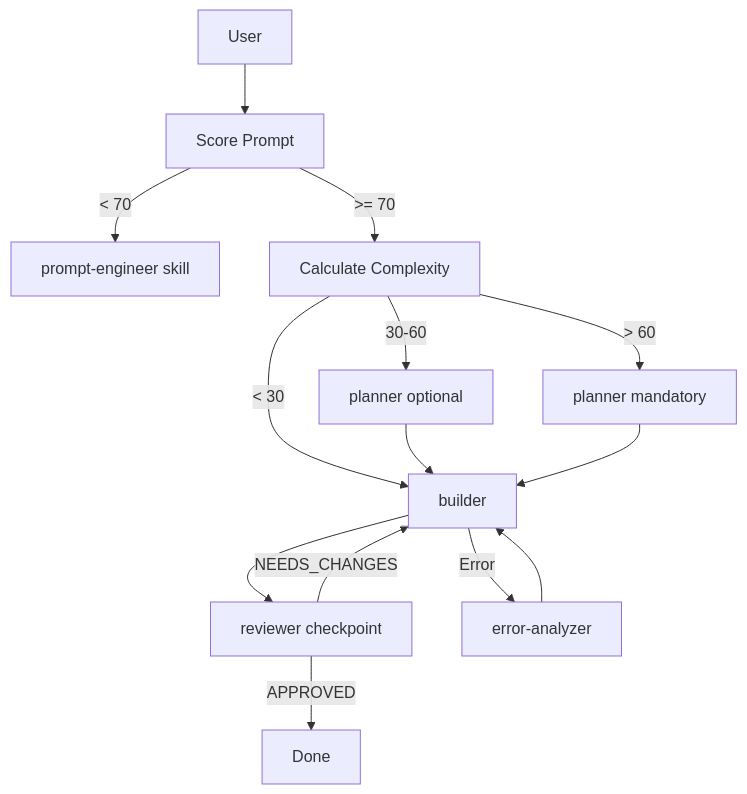
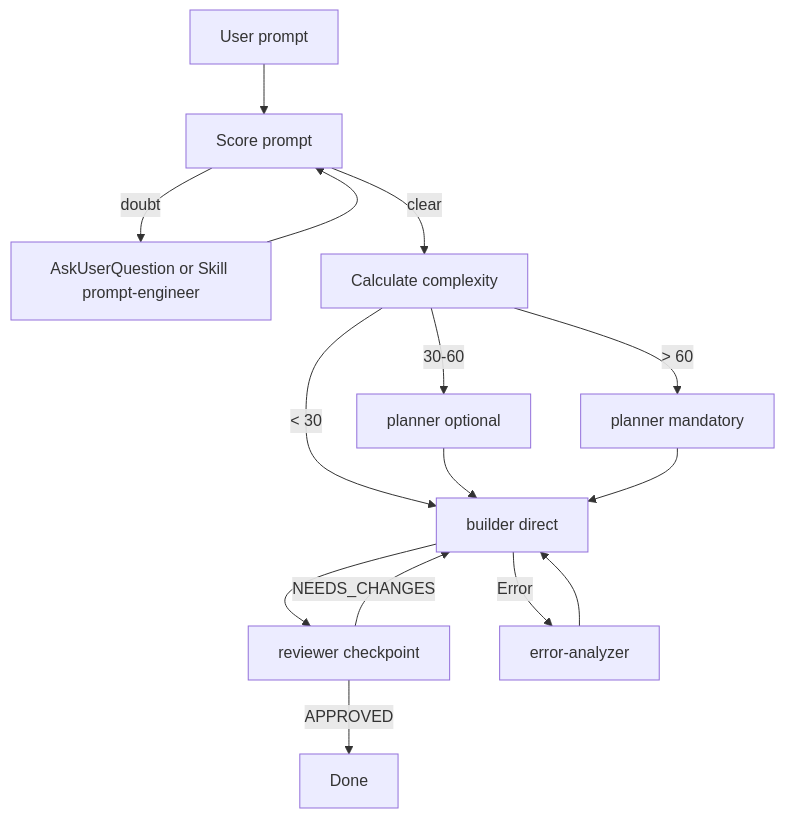
The second of 2 diagrams in CLAUDE.md (MaciWP/claude-code-poneglyph), drawn with Mermaid before and after one commit. The commit also changed other lines of this file and 23 other files, not shown here.

````diff
--- a/CLAUDE.md
+++ b/CLAUDE.md
@@ -127,15 +155,16 @@
 ```mermaid
 graph TD
-    U[User] --> S[Score Prompt]
-    S -->|< 70| PE[prompt-engineer skill]
-    S -->|>= 70| C[Calculate Complexity]
+    U[User prompt] --> S[Score prompt]
+    S -->|doubt| AQ[AskUserQuestion or Skill prompt-engineer]
+    AQ --> S
+    S -->|clear| C[Calculate complexity]
     C -->|< 30| B[builder direct]
     C -->|30-60| P1[planner optional]
     C -->|> 60| P2[planner mandatory]
-    P1 & P2 --> B[builder]
+    P1 & P2 --> B
     B --> R[reviewer checkpoint]
     R -->|APPROVED| D[Done]
     R -->|NEEDS_CHANGES| B
     B -->|Error| EA[error-analyzer]
     EA --> B
 ```
````
